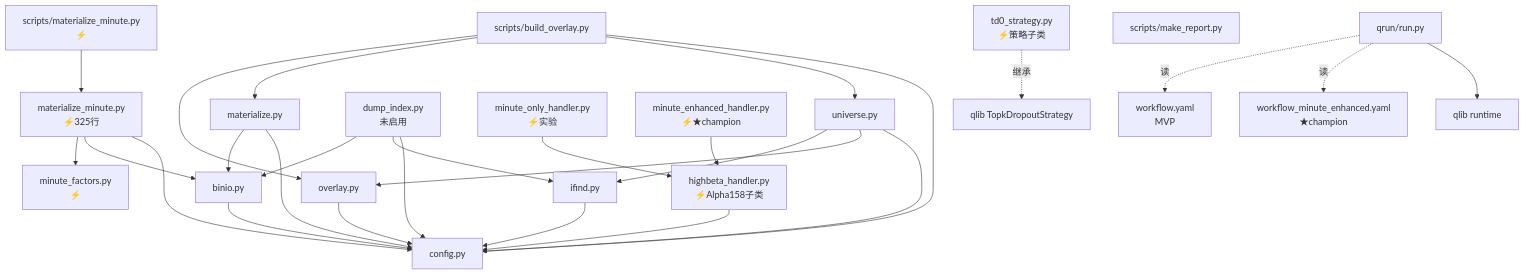
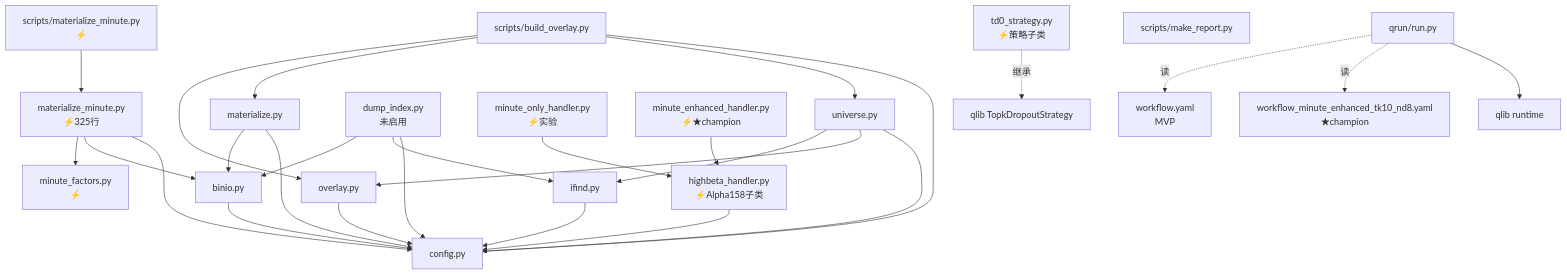
One commit to seuzxh/qlib_ifind_beta changed the third of 3 diagrams in docs/architecture.md. Above: the diagram before and after it, drawn with Mermaid. The commit also changed other lines of this file and 38 other files, not shown here.

````diff
--- a/docs/architecture.md
+++ b/docs/architecture.md
@@ -303,50 +304,50 @@
 ```mermaid
 flowchart TD
     config[config.py]
     binio[binio.py]
     overlay[overlay.py]
     materialize[materialize.py]
     materialize_minute["materialize_minute.py<br/>⚡325行"]
     minute_factors["minute_factors.py<br/>⚡"]
     ifind[ifind.py]
     universe[universe.py]
     dump_index[dump_index.py<br/>未启用]
     highbeta_handler["highbeta_handler.py<br/>⚡Alpha158子类"]
     minute_only_handler["minute_only_handler.py<br/>⚡实验"]
     minute_enhanced_handler["minute_enhanced_handler.py<br/>⚡★champion"]
     td0_strategy["td0_strategy.py<br/>⚡策略子类"]
     build_overlay[scripts/build_overlay.py]
     mat_minute_script["scripts/materialize_minute.py<br/>⚡"]
     make_report[scripts/make_report.py]
     run[qrun/run.py]
 
     binio --> config
     overlay --> config
     materialize --> binio
     materialize --> config
     materialize_minute --> minute_factors
     materialize_minute --> binio
     materialize_minute --> config
     ifind --> config
     universe --> ifind
     universe --> overlay
     universe --> config
     dump_index --> binio
     dump_index --> ifind
     dump_index --> config
 
     highbeta_handler --> config
     minute_only_handler --> highbeta_handler
     minute_enhanced_handler --> highbeta_handler
     td0_strategy -.继承.-> topk[qlib TopkDropoutStrategy]
 
     build_overlay --> overlay
     build_overlay --> materialize
     build_overlay --> universe
     build_overlay --> config
     mat_minute_script --> materialize_minute
 
     run -.读.-> qyaml1[workflow.yaml<br/>MVP]
-    run -.读.-> qyaml2[workflow_minute_enhanced.yaml<br/>★champion]
+    run -.读.-> qyaml2[workflow_minute_enhanced_tk10_nd8.yaml<br/>★champion]
     run --> qlibrt[qlib runtime]
 ```
````
